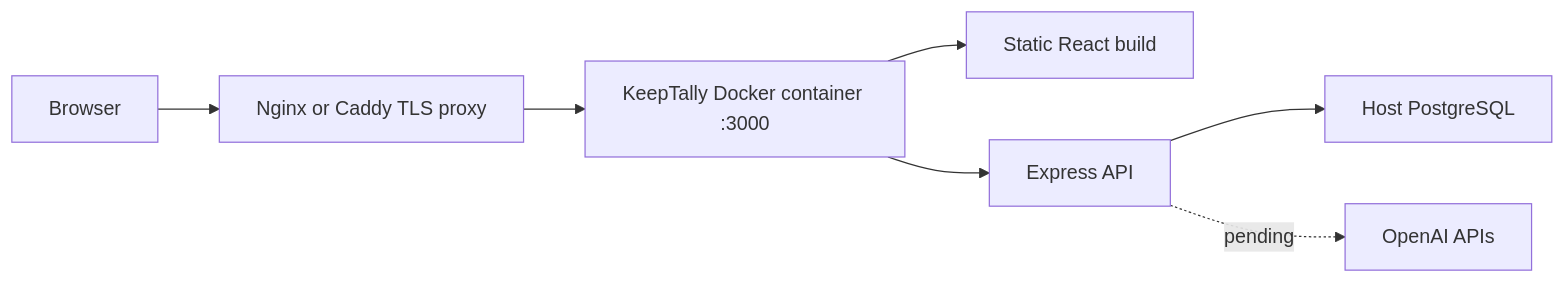
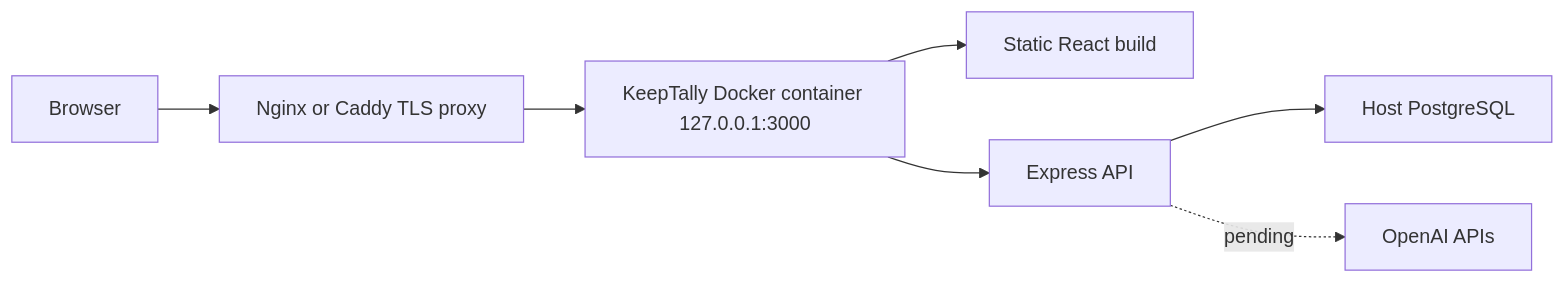
One commit to LaForge-One/Keep-Tally-AI changed the diagram in Brian's Code/docs/vps-docker-deployment-plan.md. Above: the diagram before and after it, drawn with Mermaid. The commit also changed other lines of this file and 12 other files, not shown here.

````diff
--- a/Brian's Code/docs/vps-docker-deployment-plan.md
+++ b/Brian's Code/docs/vps-docker-deployment-plan.md
@@ -17,9 +17,9 @@
 ```mermaid
 flowchart LR
   User["Browser"] --> Proxy["Nginx or Caddy TLS proxy"]
-  Proxy --> App["KeepTally Docker container :3000"]
+  Proxy --> App["KeepTally Docker container 127.0.0.1:3000"]
   App --> Web["Static React build"]
   App --> API["Express API"]
   API --> DB["Host PostgreSQL"]
   API -. pending .-> OpenAI["OpenAI APIs"]
 ```
````
